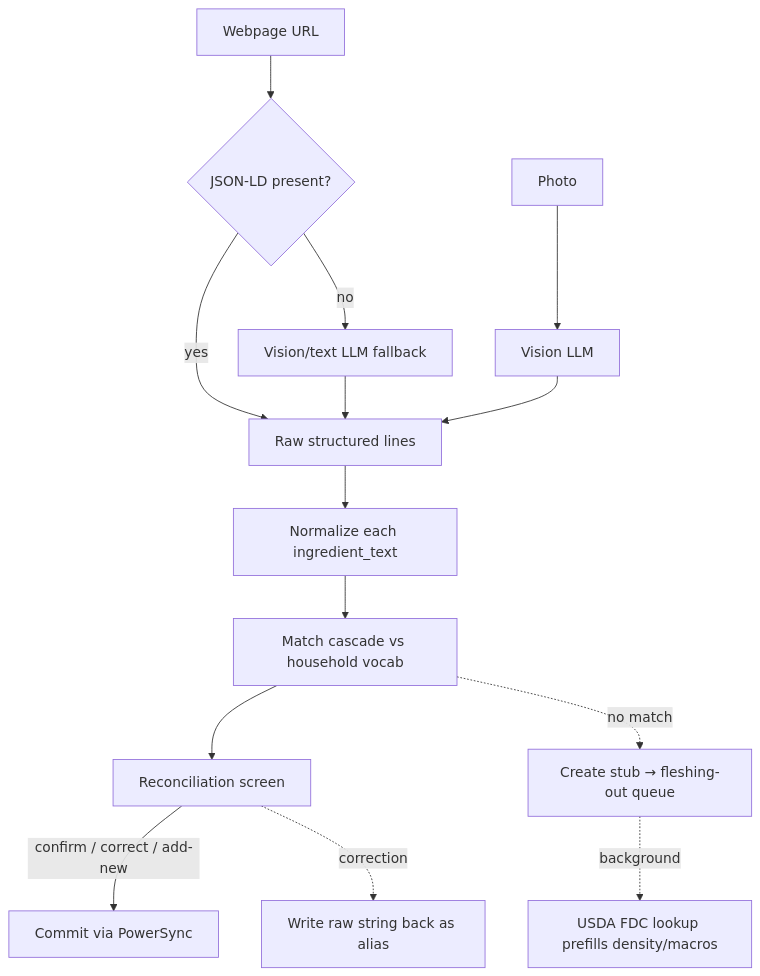
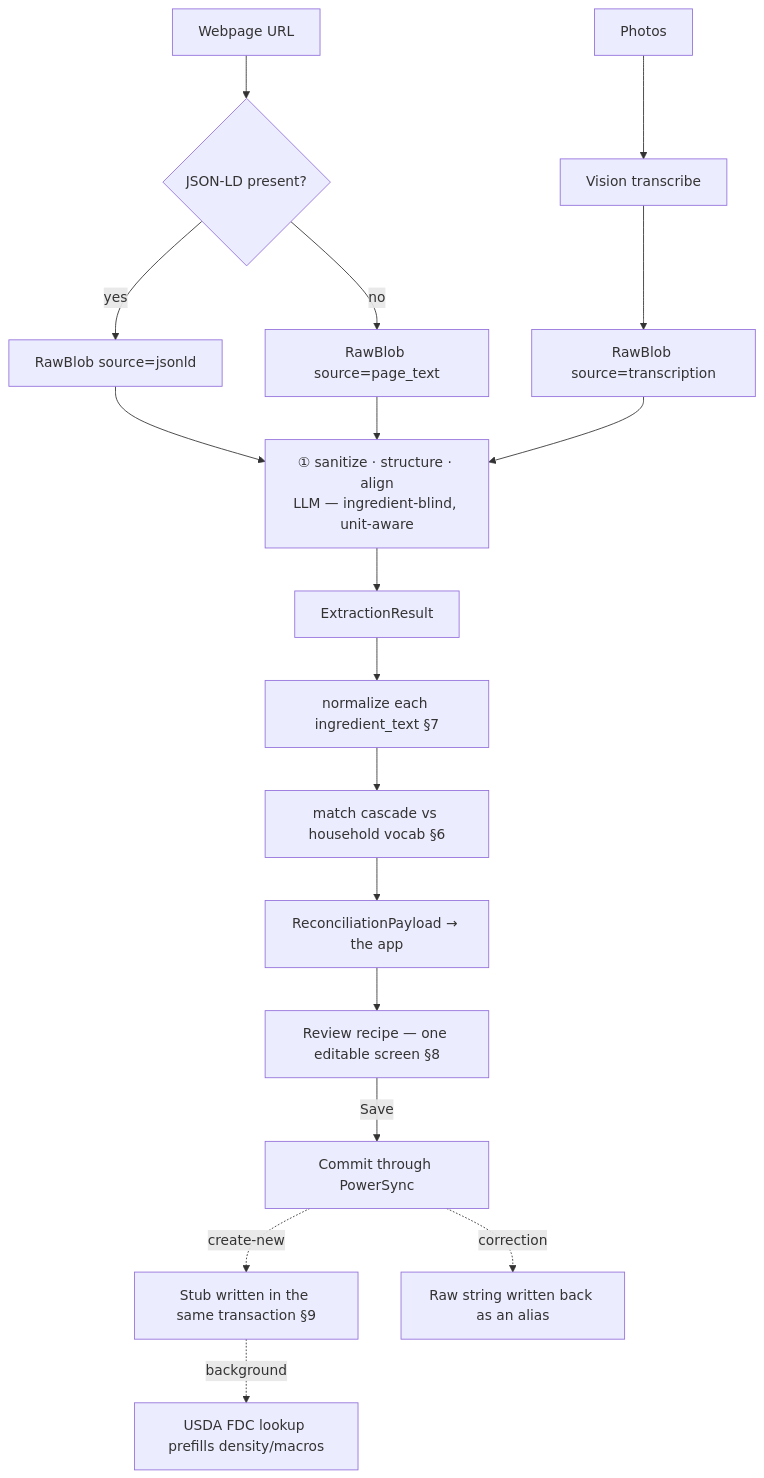
The diagram in docs/product-specs/import-and-matching.md (SimonBoothroyd/ansi), drawn with Mermaid before and after one commit. The commit also changed other lines of this file, not shown here.

````diff
--- a/docs/product-specs/import-and-matching.md
+++ b/docs/product-specs/import-and-matching.md
@@ -37,16 +72,19 @@
 ```mermaid
 flowchart TD
     A1[Webpage URL] --> B1{JSON-LD present?}
-    B1 -->|yes| C[Raw structured lines]
-    B1 -->|no| B2[Vision/text LLM fallback]
-    A2[Photo] --> B3[Vision LLM]
-    B2 --> C
-    B3 --> C
-    C --> D[Normalize each ingredient_text]
-    D --> E[Match cascade vs household vocab]
-    E --> F[Reconciliation screen]
-    F -->|confirm / correct / add-new| G[Commit via PowerSync]
-    F -.correction.-> H[Write raw string back as alias]
-    E -.no match.-> I[Create stub → fleshing-out queue]
-    I -.background.-> J[USDA FDC lookup prefills density/macros]
+    B1 -->|yes| C[RawBlob source=jsonld]
+    B1 -->|no| C2[RawBlob source=page_text]
+    A2[Photos] --> B3[Vision transcribe] --> C3[RawBlob source=transcription]
+    C --> D
+    C2 --> D
+    C3 --> D
+    D["① sanitize · structure · align<br/>LLM — ingredient-blind, unit-aware"] --> E[ExtractionResult]
+    E --> F[normalize each ingredient_text §7]
+    F --> G[match cascade vs household vocab §6]
+    G --> H[ReconciliationPayload → the app]
+    H --> I["Review recipe — one editable screen §8"]
+    I -->|Save| J[Commit through PowerSync]
+    J -.create-new.-> K[Stub written in the same transaction §9]
+    J -.correction.-> L[Raw string written back as an alias]
+    K -.background.-> M[USDA FDC lookup prefills density/macros]
 ```
````
